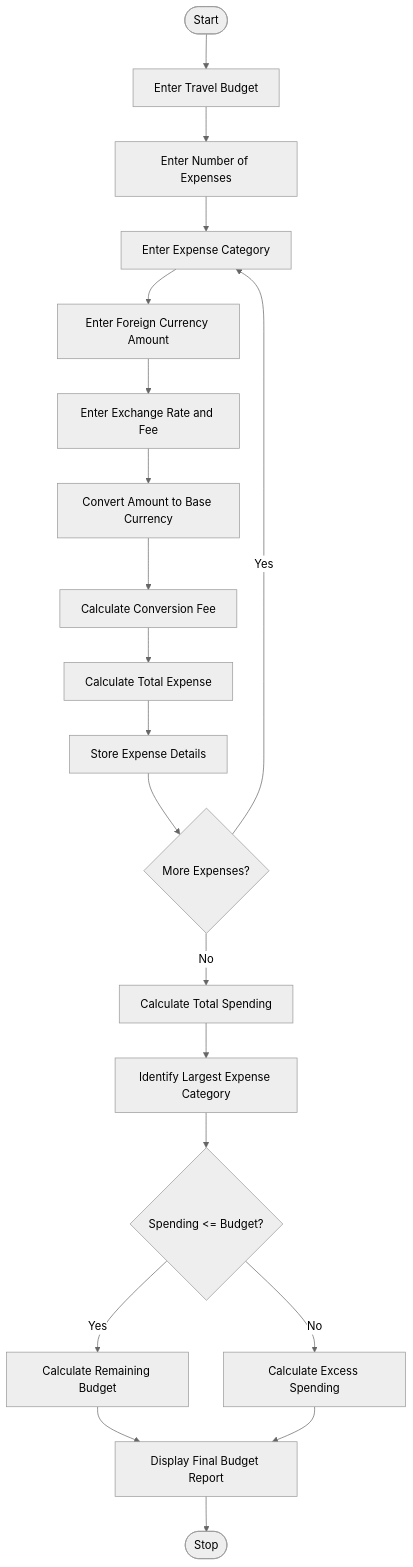
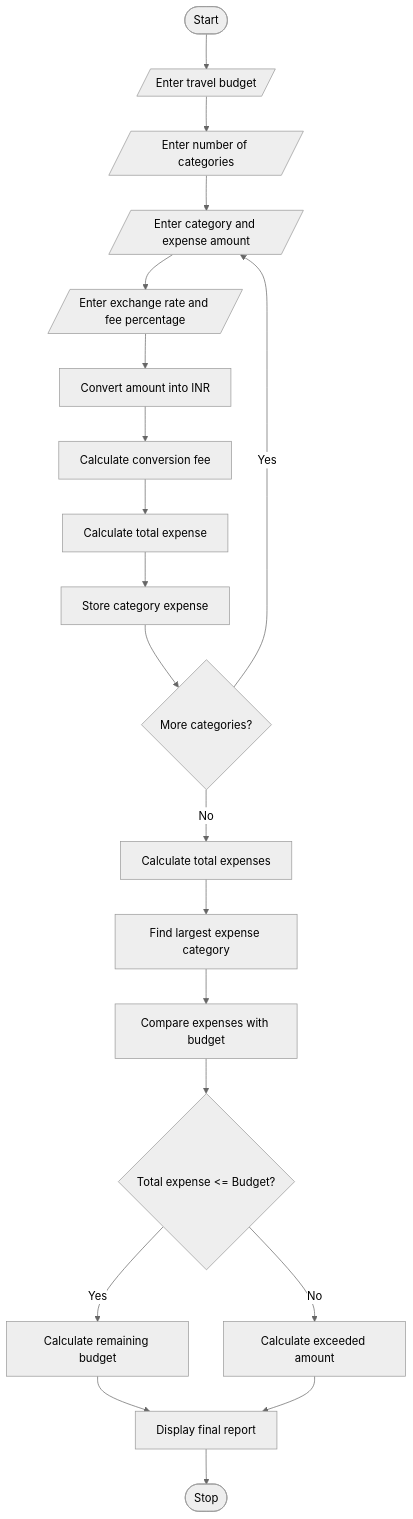
Before and after one commit to Rachanapothuraju-01/python-programming: the diagram in task9/code.md, drawn with Mermaid (neutral theme). The commit also changed other lines of this file, not shown here.

````diff
--- a/task9/code.md
+++ b/task9/code.md
@@ -32,22 +42,23 @@
 ```mermaid
+
 flowchart TD
-    A([Start]) --> B[Enter Travel Budget]
-    B --> C[Enter Number of Expenses]
-    C --> D[Enter Expense Category]
-    D --> E[Enter Foreign Currency Amount]
-    E --> F[Enter Exchange Rate and Fee]
-    F --> G[Convert Amount to Base Currency]
-    G --> H[Calculate Conversion Fee]
-    H --> I[Calculate Total Expense]
-    I --> J[Store Expense Details]
-    J --> K{More Expenses?}
-    K -- Yes --> D
-    K -- No --> L[Calculate Total Spending]
-    L --> M[Identify Largest Expense Category]
-    M --> N{Spending <= Budget?}
-    N -- Yes --> O[Calculate Remaining Budget]
-    N -- No --> P[Calculate Excess Spending]
-    O --> Q[Display Final Budget Report]
+    A([Start]) --> B[/Enter travel budget/]
+    B --> C[/Enter number of categories/]
+    C --> D[/Enter category and expense amount/]
+    D --> E[/Enter exchange rate and fee percentage/]
+    E --> F[Convert amount into INR]
+    F --> G[Calculate conversion fee]
+    G --> H[Calculate total expense]
+    H --> I[Store category expense]
+    I --> J{More categories?}
+    J -->|Yes| D
+    J -->|No| K[Calculate total expenses]
+    K --> L[Find largest expense category]
+    L --> M[Compare expenses with budget]
+    M --> N{Total expense <= Budget?}
+    N -->|Yes| O[Calculate remaining budget]
+    N -->|No| P[Calculate exceeded amount]
+    O --> Q[Display final report]
     P --> Q
     Q --> R([Stop])
 ```
````
